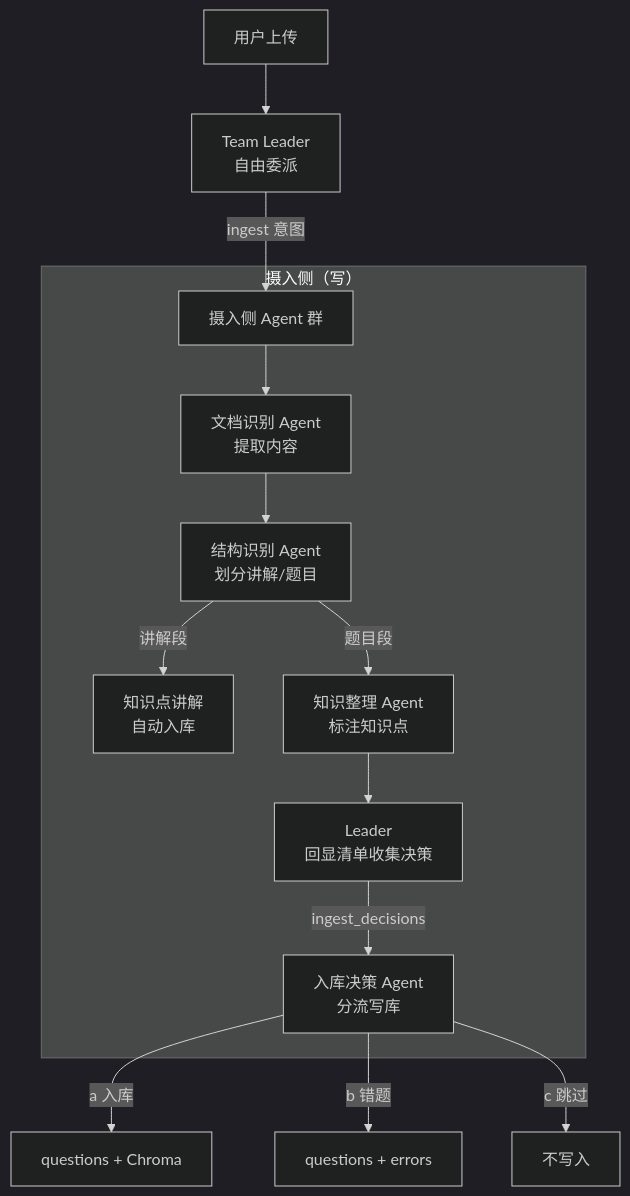
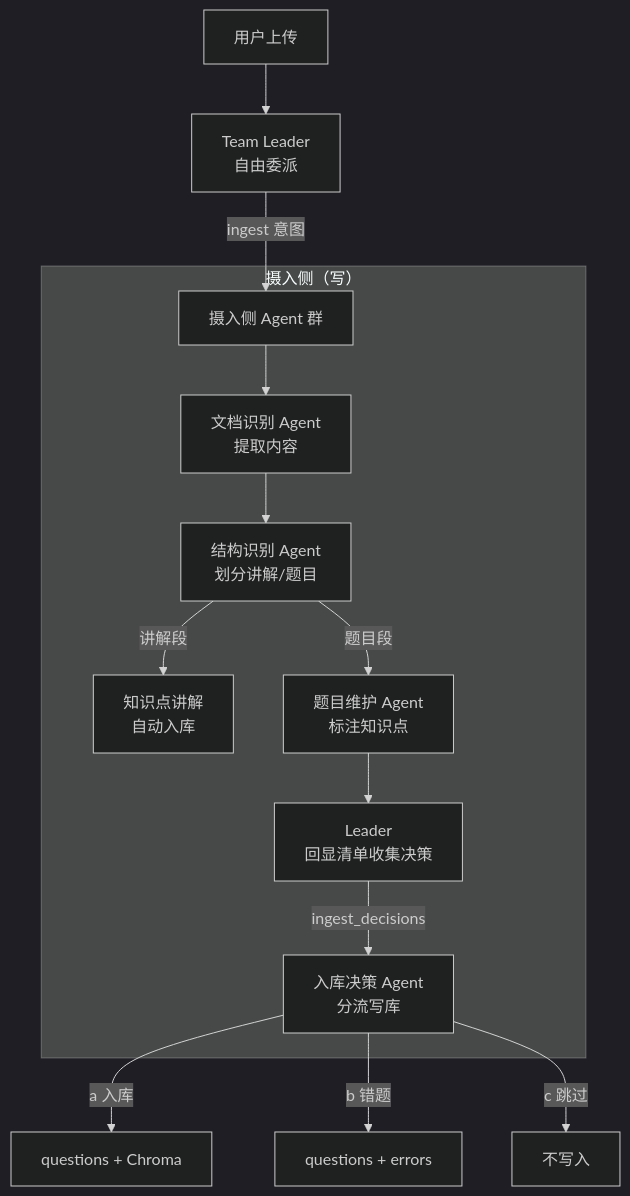
One commit to ttzc/gaokao_rag changed the first of 2 diagrams in docs/ingestion/README.md. Above: the diagram before and after it, drawn with Mermaid (dark theme). The commit also changed other lines of this file and 24 other files, not shown here.

````diff
--- a/docs/ingestion/README.md
+++ b/docs/ingestion/README.md
@@ -19,19 +19,19 @@
 ```mermaid
 flowchart TD
     A[用户上传] --> L[Team Leader<br/>自由委派]
     
     L -->|ingest 意图| B[摄入侧 Agent 群]
     
     subgraph "摄入侧（写）"
         B --> B1[文档识别 Agent<br/>提取内容]
         B1 --> B2[结构识别 Agent<br/>划分讲解/题目]
         B2 -->|讲解段| B2a[知识点讲解<br/>自动入库]
-        B2 -->|题目段| B3[知识整理 Agent<br/>标注知识点]
+        B2 -->|题目段| B3[题目维护 Agent<br/>标注知识点]
         B3 --> L2[Leader<br/>回显清单收集决策]
         L2 -->|ingest_decisions| B4[入库决策 Agent<br/>分流写库]
     end
     
     B4 -->|a 入库| C[questions + Chroma]
     B4 -->|b 错题| D[questions + errors]
     B4 -->|c 跳过| E[不写入]
 ```
````
